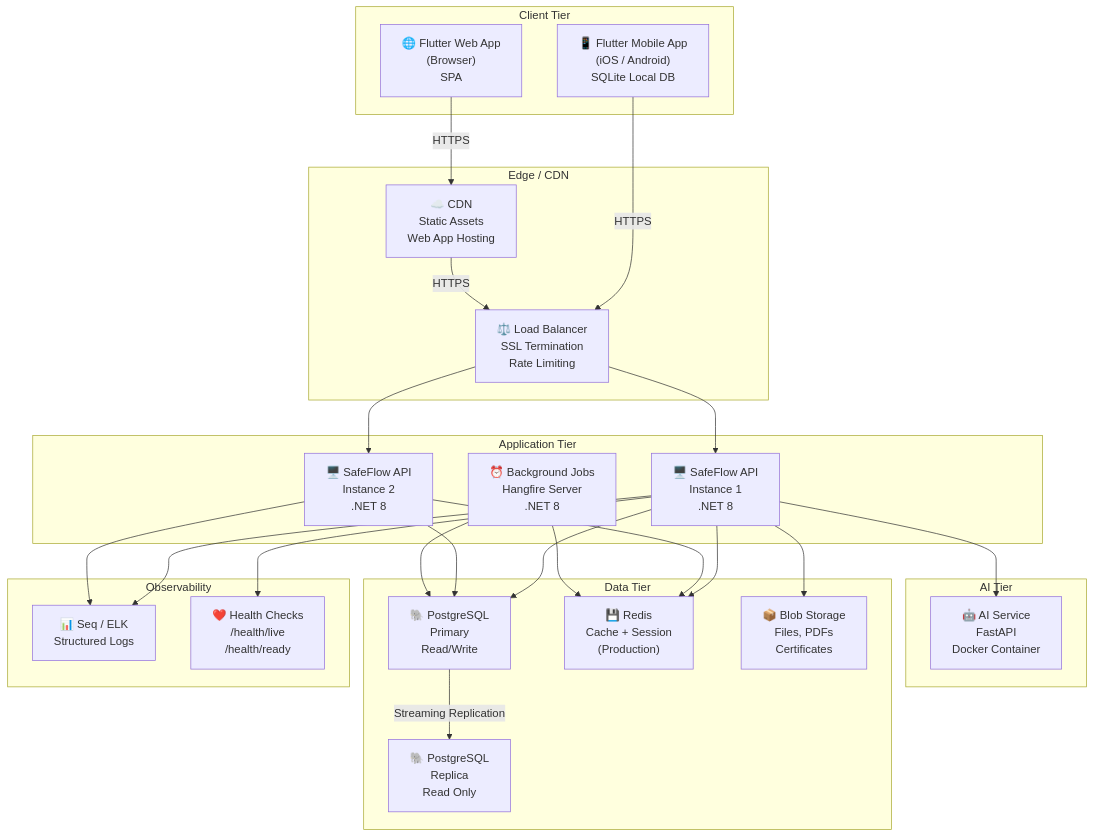
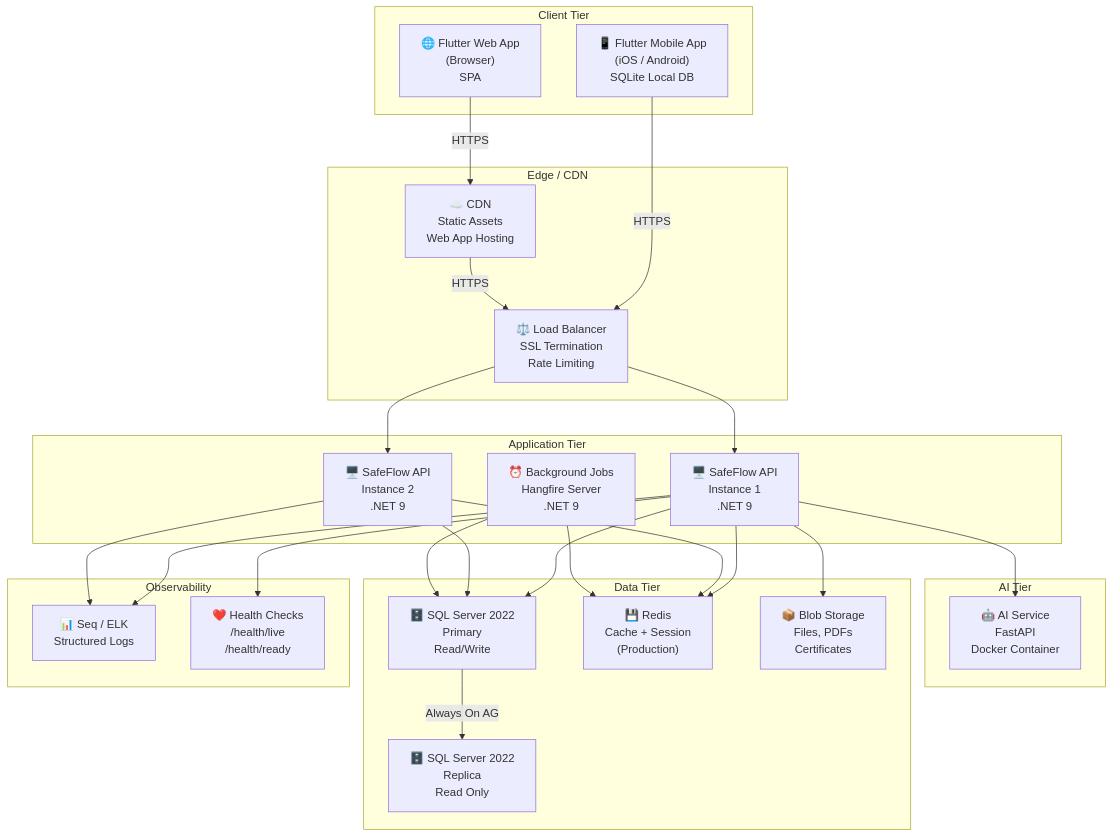
The fifth of 8 diagrams in docs/c4-architecture.md (fatma-oncu/SafeFlow-AI), drawn with Mermaid before and after one commit. The commit also changed other lines of this file and 40 other files, not shown here.

````diff
--- a/docs/c4-architecture.md
+++ b/docs/c4-architecture.md
@@ -235,52 +241,52 @@
 ```mermaid
 graph TB
     subgraph "Client Tier"
         MOBILE["📱 Flutter Mobile App<br/>(iOS / Android)<br/>SQLite Local DB"]
         WEB["🌐 Flutter Web App<br/>(Browser)<br/>SPA"]
     end
 
     subgraph "Edge / CDN"
         CDN["☁️ CDN<br/>Static Assets<br/>Web App Hosting"]
         LB["⚖️ Load Balancer<br/>SSL Termination<br/>Rate Limiting"]
     end
 
     subgraph "Application Tier"
-        API1["🖥️ SafeFlow API<br/>Instance 1<br/>.NET 8"]
-        API2["🖥️ SafeFlow API<br/>Instance 2<br/>.NET 8"]
-        BG["⏰ Background Jobs<br/>Hangfire Server<br/>.NET 8"]
+        API1["🖥️ SafeFlow API<br/>Instance 1<br/>.NET 9"]
+        API2["🖥️ SafeFlow API<br/>Instance 2<br/>.NET 9"]
+        BG["⏰ Background Jobs<br/>Hangfire Server<br/>.NET 9"]
     end
 
     subgraph "AI Tier"
         AI["🤖 AI Service<br/>FastAPI<br/>Docker Container"]
     end
 
     subgraph "Data Tier"
-        PG_PRIMARY["🐘 PostgreSQL<br/>Primary<br/>Read/Write"]
-        PG_REPLICA["🐘 PostgreSQL<br/>Replica<br/>Read Only"]
+        SQL_PRIMARY["🗄️ SQL Server 2022<br/>Primary<br/>Read/Write"]
+        SQL_REPLICA["🗄️ SQL Server 2022<br/>Replica<br/>Read Only"]
         REDIS["💾 Redis<br/>Cache + Session<br/>(Production)"]
         BLOB["📦 Blob Storage<br/>Files, PDFs<br/>Certificates"]
     end
 
     subgraph "Observability"
         SEQ["📊 Seq / ELK<br/>Structured Logs"]
         HEALTH["❤️ Health Checks<br/>/health/live<br/>/health/ready"]
     end
 
     MOBILE -->|HTTPS| LB
     WEB -->|HTTPS| CDN
     CDN -->|HTTPS| LB
     LB --> API1
     LB --> API2
-    API1 --> PG_PRIMARY
-    API2 --> PG_PRIMARY
+    API1 --> SQL_PRIMARY
+    API2 --> SQL_PRIMARY
     API1 --> REDIS
     API2 --> REDIS
     API1 --> AI
     API1 --> BLOB
-    BG --> PG_PRIMARY
+    BG --> SQL_PRIMARY
     BG --> REDIS
-    PG_PRIMARY -->|Streaming Replication| PG_REPLICA
+    SQL_PRIMARY -->|Always On AG| SQL_REPLICA
     API1 --> SEQ
     API2 --> SEQ
     API1 --> HEALTH
 ```
````
